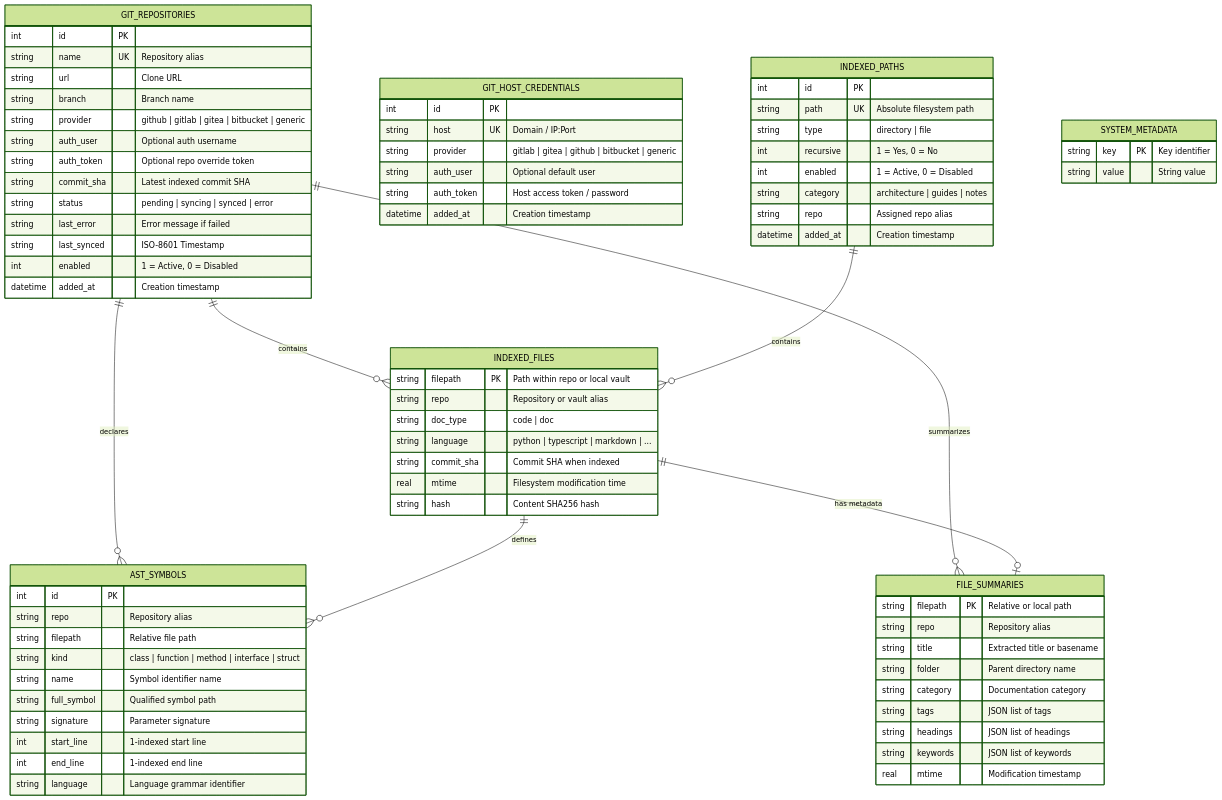
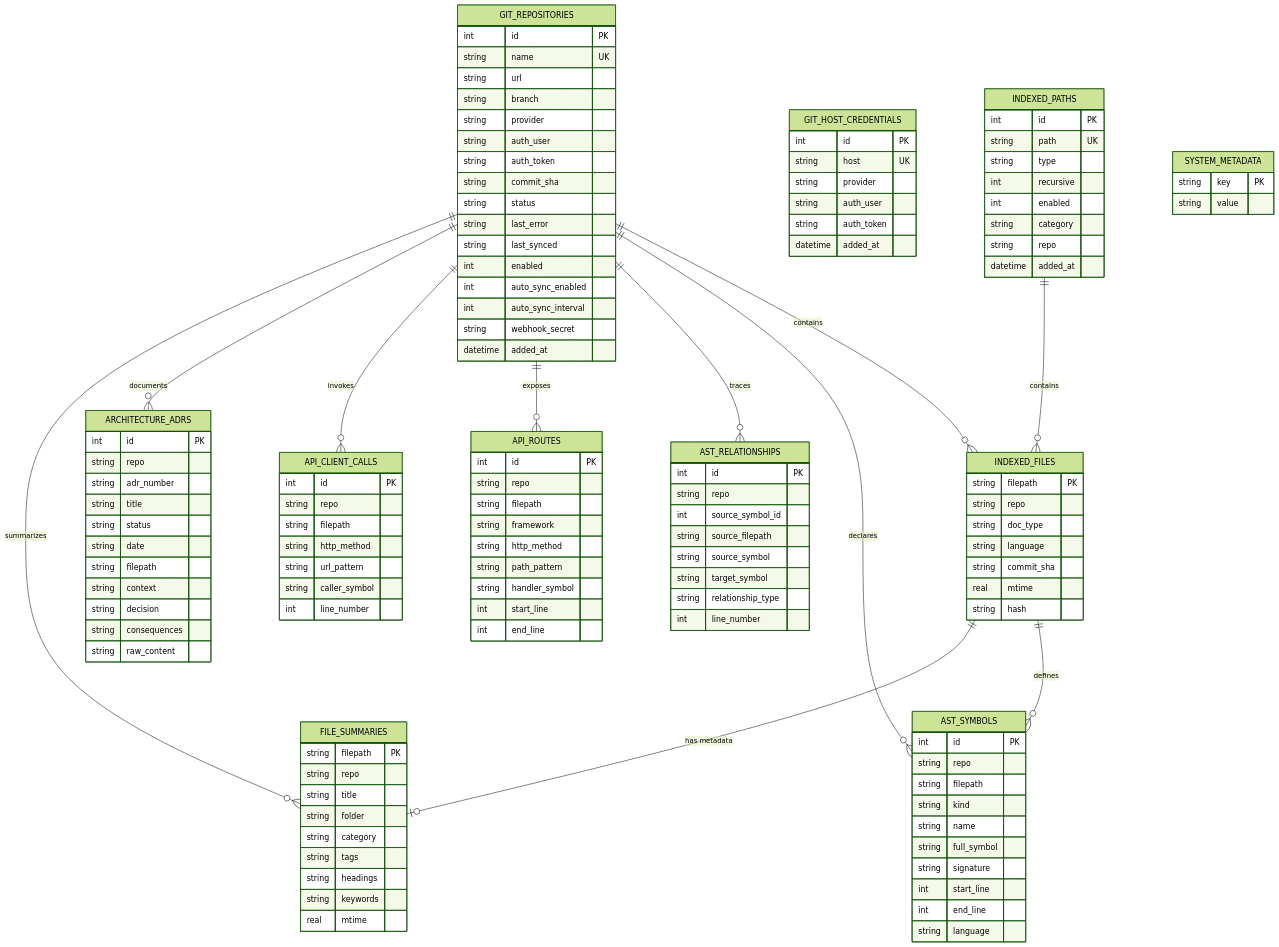
Before and after one commit to spelech/contextcortex: the second of 2 diagrams in ARCHITECTURE.md, drawn with Mermaid (forest theme). The commit also changed other lines of this file and 6 other files, not shown here.

Commit message:
docs: synchronize requirements specification, test coverage report, and architecture docs

```diff
--- a/ARCHITECTURE.md
+++ b/ARCHITECTURE.md
@@ -160,82 +195,136 @@
 erDiagram
     GIT_REPOSITORIES {
         int id PK
-        string name UK "Repository alias"
-        string url "Clone URL"
-        string branch "Branch name"
-        string provider "github | gitlab | gitea | bitbucket | generic"
-        string auth_user "Optional auth username"
-        string auth_token "Optional repo override token"
-        string commit_sha "Latest indexed commit SHA"
-        string status "pending | syncing | synced | error"
-        string last_error "Error message if failed"
-        string last_synced "ISO-8601 Timestamp"
-        int enabled "1 = Active, 0 = Disabled"
-        datetime added_at "Creation timestamp"
+        string name UK
+        string url
+        string branch
+        string provider
+        string auth_user
+        string auth_token
+        string commit_sha
+        string status
+        string last_error
+        string last_synced
+        int enabled
+        int auto_sync_enabled
+        int auto_sync_interval
+        string webhook_secret
+        datetime added_at
     }
 
     GIT_HOST_CREDENTIALS {
         int id PK
-        string host UK "Domain / IP:Port"
-        string provider "gitlab | gitea | github | bitbucket | generic"
-        string auth_user "Optional default user"
-        string auth_token "Host access token / password"
-        datetime added_at "Creation timestamp"
+        string host UK
+        string provider
+        string auth_user
+        string auth_token
+        datetime added_at
     }
 
     INDEXED_PATHS {
         int id PK
-        string path UK "Absolute filesystem path"
-        string type "directory | file"
-        int recursive "1 = Yes, 0 = No"
-        int enabled "1 = Active, 0 = Disabled"
-        string category "architecture | guides | notes"
-        string repo "Assigned repo alias"
-        datetime added_at "Creation timestamp"
+        string path UK
+        string type
+        int recursive
+        int enabled
+        string category
+        string repo
+        datetime added_at
     }
 
     INDEXED_FILES {
-        string filepath PK "Path within repo or local vault"
-        string repo "Repository or vault alias"
-        string doc_type "code | doc"
-        string language "python | typescript | markdown | ..."
-        string commit_sha "Commit SHA when indexed"
-        real mtime "Filesystem modification time"
-        string hash "Content SHA256 hash"
+        string filepath PK
+        string repo
+        string doc_type
+        string language
+        string commit_sha
+        real mtime
+        string hash
     }
 
     AST_SYMBOLS {
         int id PK
-        string repo "Repository alias"
-        string filepath "Relative file path"
-        string kind "class | function | method | interface | struct"
-        string name "Symbol identifier name"
-        string full_symbol "Qualified symbol path"
-        string signature "Parameter signature"
-        int start_line "1-indexed start line"
-        int end_line "1-indexed end line"
-        string language "Language grammar identifier"
+        string repo
+        string filepath
+        string kind
+        string name
+        string full_symbol
+        string signature
+        int start_line
+        int end_line
+        string language
+    }
+
+    AST_RELATIONSHIPS {
+        int id PK
+        string repo
+        int source_symbol_id
+        string source_filepath
+        string source_symbol
+        string target_symbol
+        string relationship_type
+        int line_number
+    }
+
+    API_ROUTES {
+        int id PK
+        string repo
+        string filepath
+        string framework
+        string http_method
+        string path_pattern
+        string handler_symbol
+        int start_line
+        int end_line
+    }
+
+    API_CLIENT_CALLS {
+        int id PK
+        string repo
+        string filepath
+        string http_method
+        string url_pattern
+        string caller_symbol
+        int line_number
+    }
+
+    ARCHITECTURE_ADRS {
+        int id PK
+        string repo
+        string adr_number
+        string title
+        string status
+        string date
+        string filepath
+        string context
+        string decision
+        string consequences
+        string raw_content
     }
 
     FILE_SUMMARIES {
-        string filepath PK "Relative or local path"
-        string repo "Repository alias"
-        string title "Extracted title or basename"
-        string folder "Parent directory name"
-        string category "Documentation category"
-        string tags "JSON list of tags"
-        string headings "JSON list of headings"
-        string keywords "JSON list of keywords"
-        real mtime "Modification timestamp"
+        string filepath PK
+        string repo
+        string title
+        string folder
+        string category
+        string tags
+        string headings
+        string keywords
+        real mtime
     }
 
     SYSTEM_METADATA {
-        string key PK "Key identifier"
-        string value "String value"
+        string key PK
+        string value
     }
 
     GIT_REPOSITORIES ||--o{ INDEXED_FILES : "contains"
     GIT_REPOSITORIES ||--o{ AST_SYMBOLS : "declares"
+    GIT_REPOSITORIES ||--o{ AST_RELATIONSHIPS : "traces"
+    GIT_REPOSITORIES ||--o{ API_ROUTES : "exposes"
+    GIT_REPOSITORIES ||--o{ API_CLIENT_CALLS : "invokes"
+    GIT_REPOSITORIES ||--o{ ARCHITECTURE_ADRS : "documents"
     GIT_REPOSITORIES ||--o{ FILE_SUMMARIES : "summarizes"
     INDEXED_PATHS ||--o{ INDEXED_FILES : "contains"
     INDEXED_FILES ||--o{ AST_SYMBOLS : "defines"
```
